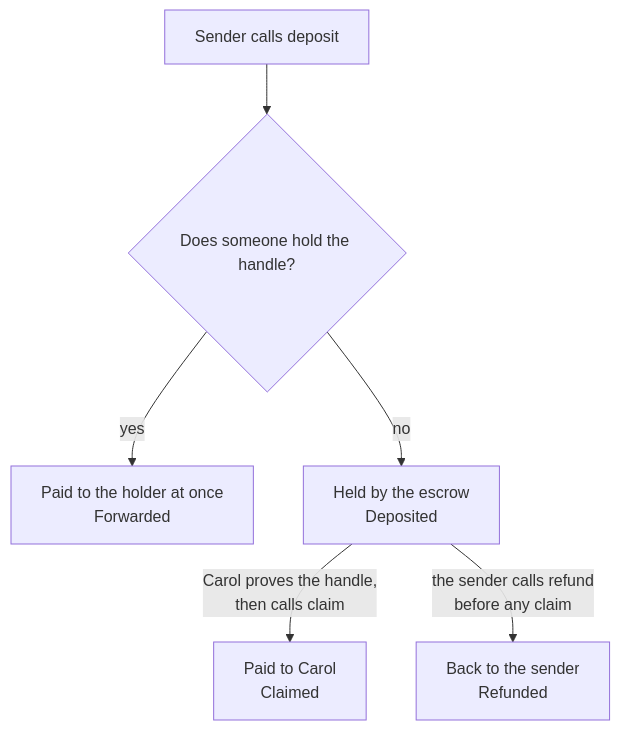
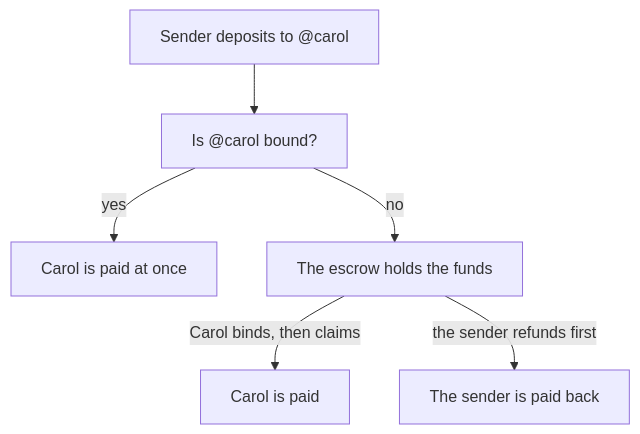
The diagram in docs/pages/guides/pay-a-handle.md (libid-org/libID), drawn with Mermaid before and after one commit. The commit also changed other lines of this file and 3 other files, not shown here.

First line of the commit message:
docs: style tables and diagrams from the site palette

````diff
--- a/docs/pages/guides/pay-a-handle.md
+++ b/docs/pages/guides/pay-a-handle.md
@@ -13,8 +13,8 @@
 ```mermaid
 flowchart TD
-  D["Sender calls deposit"] --> Q{"Does someone hold the handle?"}
-  Q -- yes --> F["Paid to the holder at once<br/>Forwarded"]
-  Q -- no --> H["Held by the escrow<br/>Deposited"]
-  H -- "Carol proves the handle,<br/>then calls claim" --> C["Paid to Carol<br/>Claimed"]
-  H -- "the sender calls refund<br/>before any claim" --> R["Back to the sender<br/>Refunded"]
+  D["Sender deposits to @carol"] --> Q["Is @carol bound?"]
+  Q -- yes --> F["Carol is paid at once"]
+  Q -- no --> H["The escrow holds the funds"]
+  H -- "Carol binds, then claims" --> C["Carol is paid"]
+  H -- "the sender refunds first" --> R["The sender is paid back"]
 ```
````
